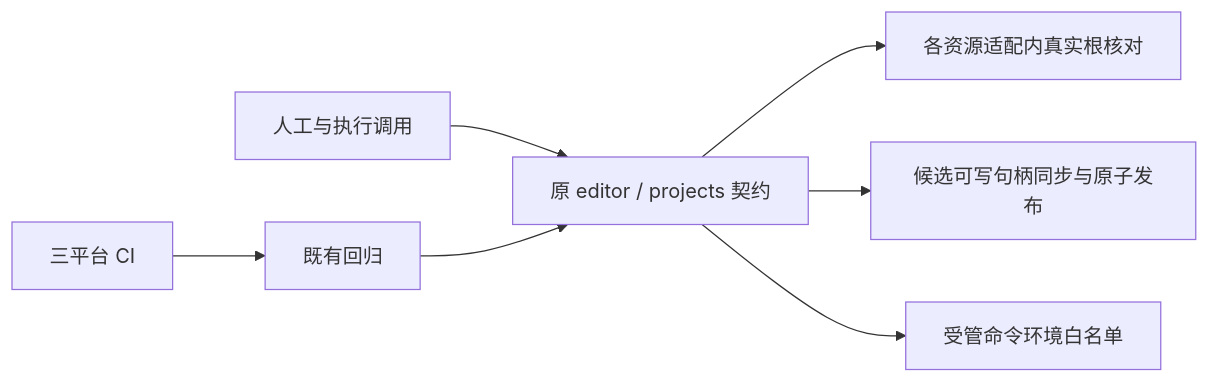
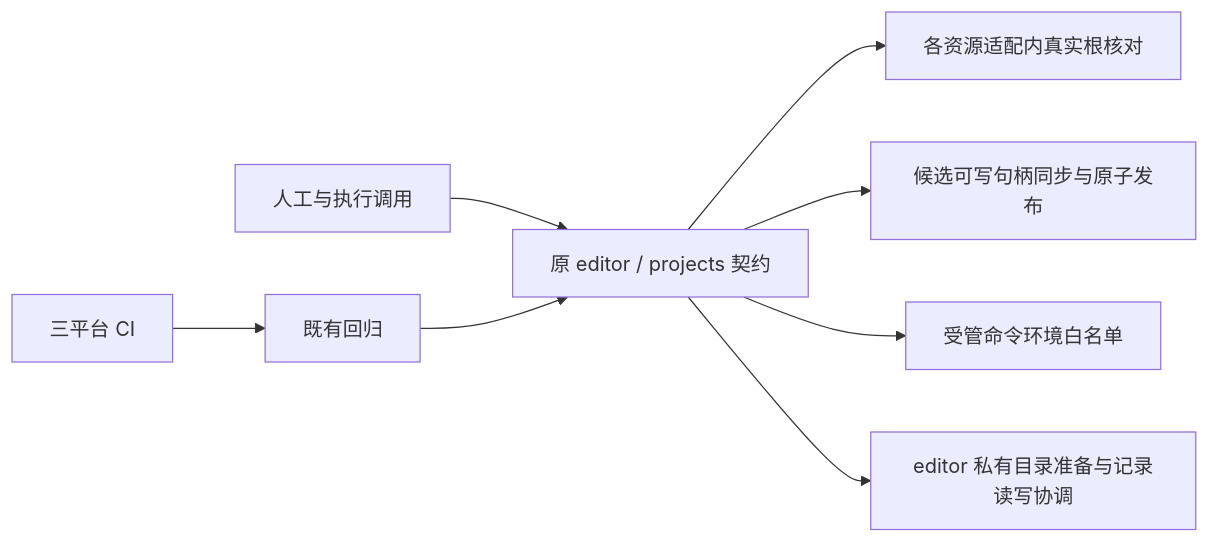
Before and after one commit to leike0813/Scholoom: the first of 2 diagrams in openspec/changes/fix-cross-platform-file-and-writing-behavior/design.md, drawn with Mermaid. The commit also changed other lines of this file and 4 other files, not shown here.

````diff
--- a/openspec/changes/fix-cross-platform-file-and-writing-behavior/design.md
+++ b/openspec/changes/fix-cross-platform-file-and-writing-behavior/design.md
@@ -5,9 +5,10 @@
 ```mermaid
 flowchart LR
   Human[人工与执行调用] --> Runtime[原 editor / projects 契约]
   Runtime --> Canonical[各资源适配内真实根核对]
   Runtime --> Candidate[候选可写句柄同步与原子发布]
   Runtime --> Managed[受管命令环境白名单]
+  Runtime --> Records[editor 私有目录准备与记录读写协调]
   Tests[既有回归] --> Runtime
   CI[三平台 CI] --> Tests
 ```
````
